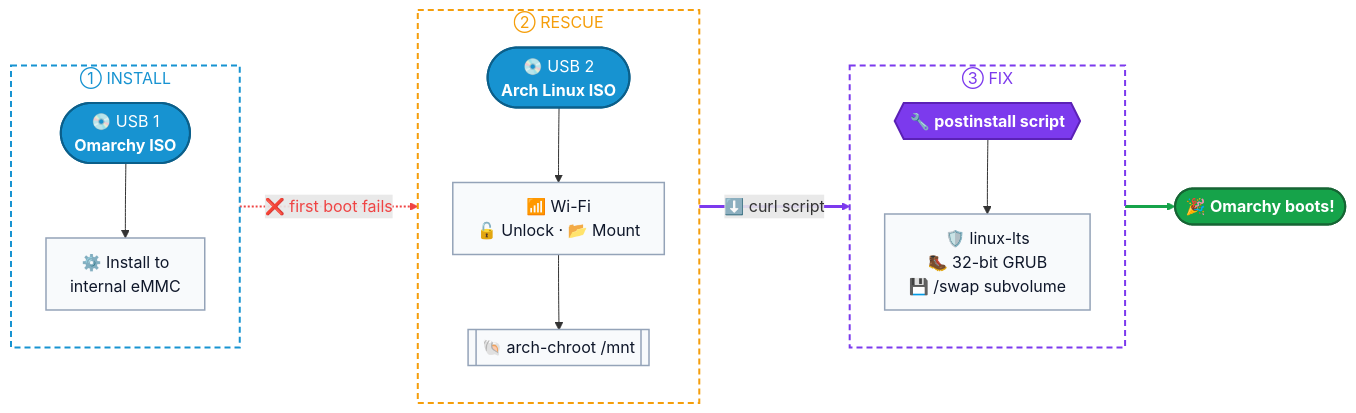
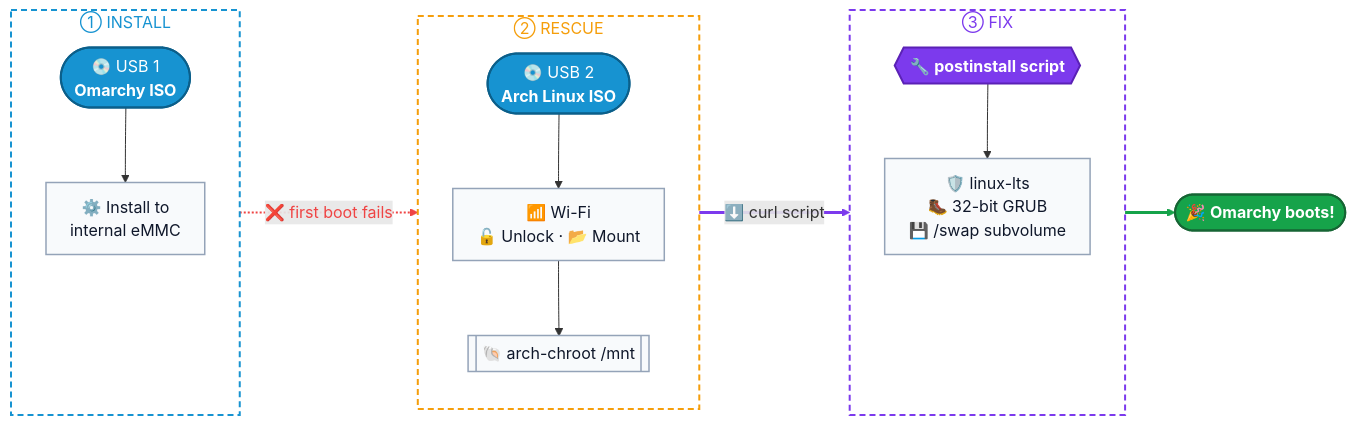
One commit to kevinnguyenhoang91/omarchy-baytrail-post-installation changed the diagram in README.md. Above: the diagram before and after it, drawn with Mermaid.

Commit message:
docs: pad How it works diagram phase columns with spacers (#6)

````diff
--- a/README.md
+++ b/README.md
@@ -64,40 +64,44 @@
 ```mermaid
 %%{init: {"flowchart": {"curve": "basis", "padding": 12}} }%%
 flowchart LR
     subgraph P1[" ① INSTALL "]
         direction TB
         A(["💿 USB 1<br/><b>Omarchy ISO</b>"]) --> B["⚙️ Install to<br/>internal eMMC"]
+        B ~~~ P1Spacer["<br/>"]
     end
 
     subgraph P2[" ② RESCUE "]
         direction TB
         C(["💿 USB 2<br/><b>Arch Linux ISO</b>"]) --> D["📶 Wi-Fi<br/>🔓 Unlock · 📂 Mount"] --> E[["🐚 arch-chroot /mnt"]]
     end
 
     subgraph P3[" ③ FIX "]
         direction TB
         F{{"🔧 <b>postinstall script</b>"}} --> G["🛡️ linux-lts<br/>🥾 32-bit GRUB<br/>💾 /swap subvolume"]
+        G ~~~ P3Spacer["<br/>"]
     end
 
     P1 -. "❌ first boot fails" .-> P2
     P2 == "⬇️ curl script" ==> P3
     P3 ==> H(["🎉 <b>Omarchy boots!</b>"])
 
     classDef usb fill:#1793D1,stroke:#0b5f8a,stroke-width:2px,color:#ffffff
     classDef step fill:#f8fafc,stroke:#94a3b8,stroke-width:1.5px,color:#0f172a
     classDef script fill:#7c3aed,stroke:#5b21b6,stroke-width:2px,color:#ffffff
     classDef done fill:#16a34a,stroke:#166534,stroke-width:2px,color:#ffffff
+    classDef spacer fill:none,stroke:none,color:transparent
 
     class A,C usb
     class B,D,E,G step
     class F script
     class H done
+    class P1Spacer,P3Spacer spacer
 
     style P1 fill:none,stroke:#1793D1,stroke-width:2px,stroke-dasharray:6 4,color:#1793D1
     style P2 fill:none,stroke:#f59e0b,stroke-width:2px,stroke-dasharray:6 4,color:#f59e0b
     style P3 fill:none,stroke:#7c3aed,stroke-width:2px,stroke-dasharray:6 4,color:#7c3aed
 
-    linkStyle 4 stroke:#ef4444,stroke-width:2px,color:#ef4444
-    linkStyle 5 stroke:#7c3aed,stroke-width:3px
-    linkStyle 6 stroke:#16a34a,stroke-width:3px
+    linkStyle 6 stroke:#ef4444,stroke-width:2px,color:#ef4444
+    linkStyle 7 stroke:#7c3aed,stroke-width:3px
+    linkStyle 8 stroke:#16a34a,stroke-width:3px
 ```
````
